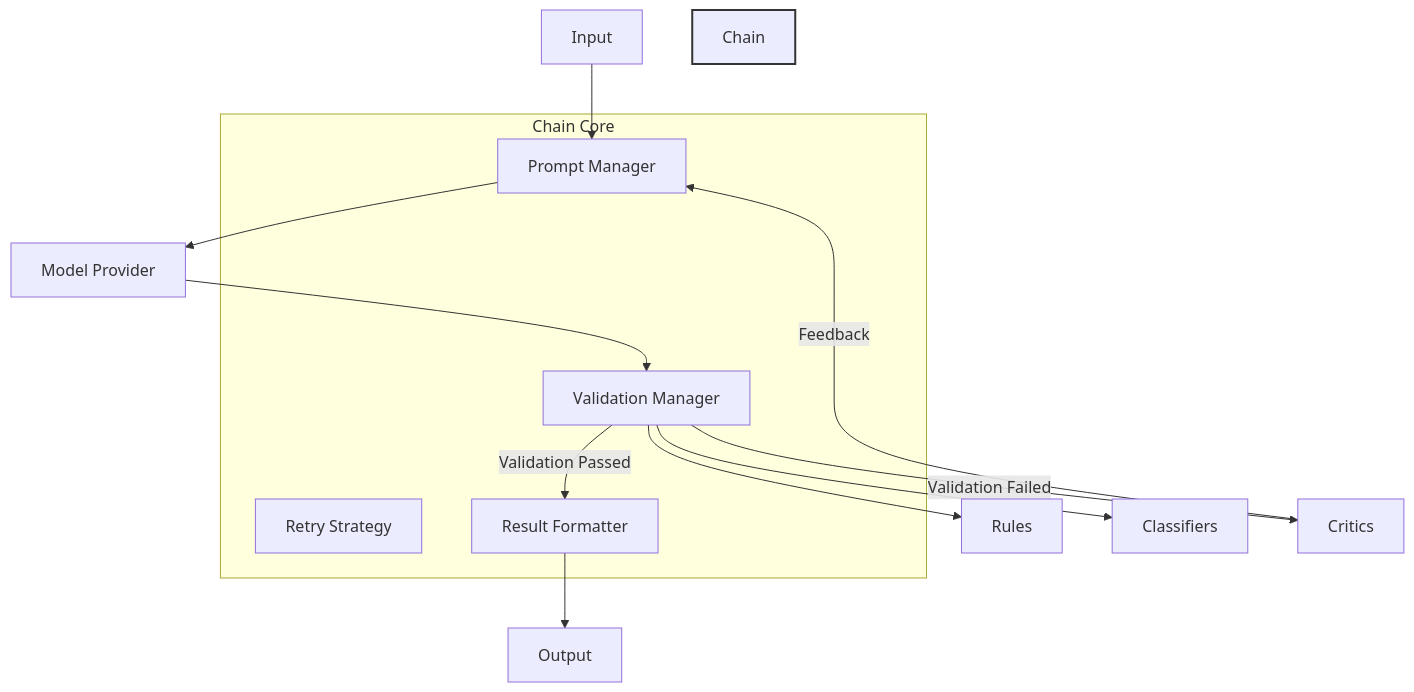
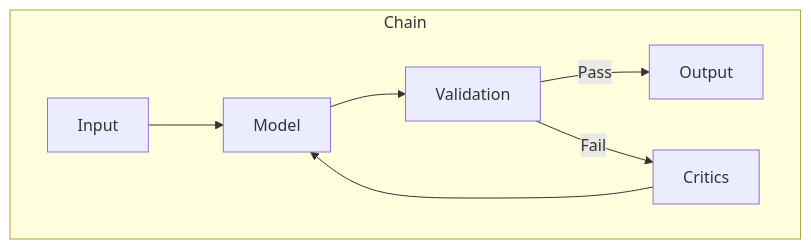
One commit to sifaka-ai/sifaka changed the first of 2 diagrams in README.md. Above: the diagram before and after it, drawn with Mermaid. The commit also changed other lines of this file, not shown here.

Commit message:
docs: simplify core concepts and component explanations

````diff
--- a/README.md
+++ b/README.md
@@ -74,22 +81,11 @@
 ```mermaid
 graph TD
-    subgraph Chain Core
-        PM[Prompt Manager]
-        VS[Validation Manager]
-        RS[Retry Strategy]
-        RF[Result Formatter]
+    subgraph Chain
+        direction LR
+        Input --> Model
+        Model --> Validation
+        Validation --> |Pass| Output
+        Validation --> |Fail| Critics
+        Critics --> Model
     end
-
-    I[Input] --> PM
-    PM --> MP[Model Provider]
-    MP --> VS
-    VS --> R[Rules]
-    VS --> C[Classifiers]
-
-    VS --> |Validation Failed| CR[Critics]
-    CR --> |Feedback| PM
-    VS --> |Validation Passed| RF
-    RF --> O[Output]
-
-    style Chain Core fill:#f5f5f5,stroke:#333,stroke-width:2px
 ```
````
